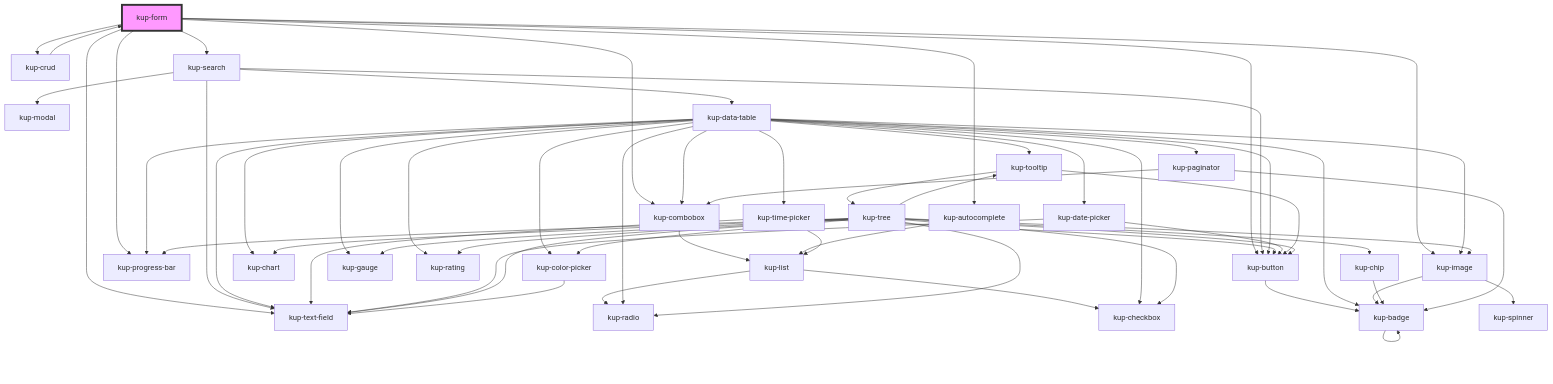
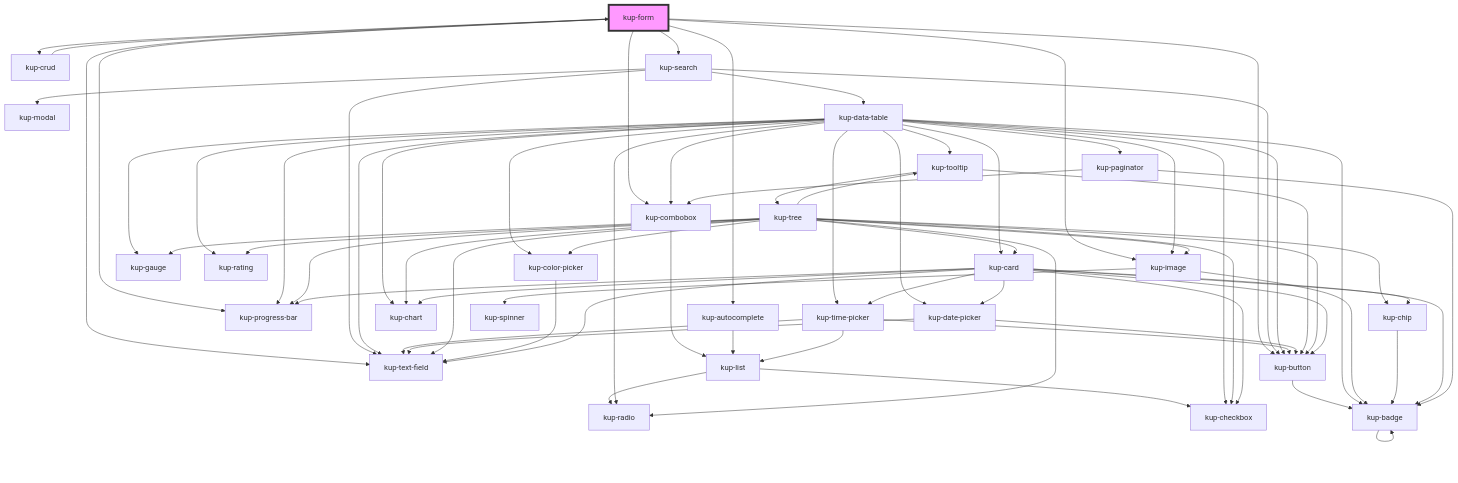
Before and after one commit to smeup/ketchup: the diagram in packages/ketchup/src/components/kup-form/readme.md, drawn with Mermaid. The commit also changed 11 other files, not shown here.

````diff
--- a/packages/ketchup/src/components/kup-form/readme.md
+++ b/packages/ketchup/src/components/kup-form/readme.md
@@ -131,64 +131,75 @@
 ```mermaid
 graph TD;
   kup-form --> kup-combobox
   kup-form --> kup-crud
   kup-form --> kup-autocomplete
   kup-form --> kup-search
   kup-form --> kup-image
   kup-form --> kup-progress-bar
   kup-form --> kup-text-field
   kup-form --> kup-button
   kup-combobox --> kup-list
   kup-list --> kup-radio
   kup-list --> kup-checkbox
   kup-crud --> kup-form
   kup-button --> kup-badge
   kup-badge --> kup-badge
   kup-autocomplete --> kup-list
   kup-search --> kup-text-field
   kup-search --> kup-button
   kup-search --> kup-modal
   kup-search --> kup-data-table
   kup-data-table --> kup-text-field
   kup-data-table --> kup-time-picker
   kup-data-table --> kup-date-picker
   kup-data-table --> kup-checkbox
   kup-data-table --> kup-tooltip
   kup-data-table --> kup-image
   kup-data-table --> kup-button
   kup-data-table --> kup-chart
   kup-data-table --> kup-color-picker
   kup-data-table --> kup-gauge
   kup-data-table --> kup-progress-bar
   kup-data-table --> kup-rating
   kup-data-table --> kup-radio
   kup-data-table --> kup-paginator
   kup-data-table --> kup-combobox
+  kup-data-table --> kup-card
   kup-data-table --> kup-badge
   kup-time-picker --> kup-text-field
   kup-time-picker --> kup-button
   kup-time-picker --> kup-list
   kup-date-picker --> kup-text-field
   kup-date-picker --> kup-button
   kup-tooltip --> kup-button
   kup-tooltip --> kup-tree
   kup-tree --> kup-image
   kup-tree --> kup-button
   kup-tree --> kup-chart
   kup-tree --> kup-checkbox
   kup-tree --> kup-chip
   kup-tree --> kup-color-picker
   kup-tree --> kup-gauge
   kup-tree --> kup-progress-bar
   kup-tree --> kup-rating
   kup-tree --> kup-radio
   kup-tree --> kup-tooltip
   kup-tree --> kup-text-field
+  kup-tree --> kup-card
   kup-image --> kup-spinner
   kup-image --> kup-badge
   kup-chip --> kup-badge
   kup-color-picker --> kup-text-field
+  kup-card --> kup-chip
+  kup-card --> kup-button
+  kup-card --> kup-badge
+  kup-card --> kup-progress-bar
+  kup-card --> kup-chart
+  kup-card --> kup-checkbox
+  kup-card --> kup-date-picker
+  kup-card --> kup-text-field
+  kup-card --> kup-time-picker
   kup-paginator --> kup-combobox
   kup-paginator --> kup-badge
   style kup-form fill:#f9f,stroke:#333,stroke-width:4px
 ```
````
